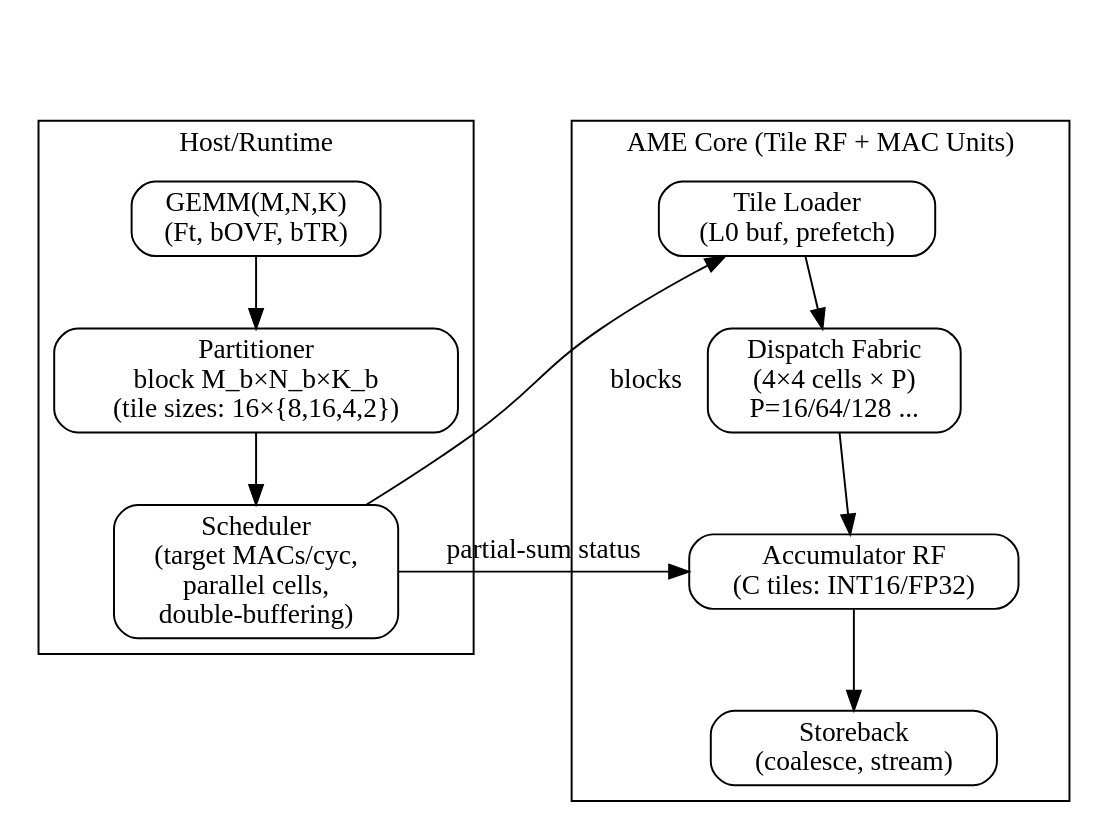
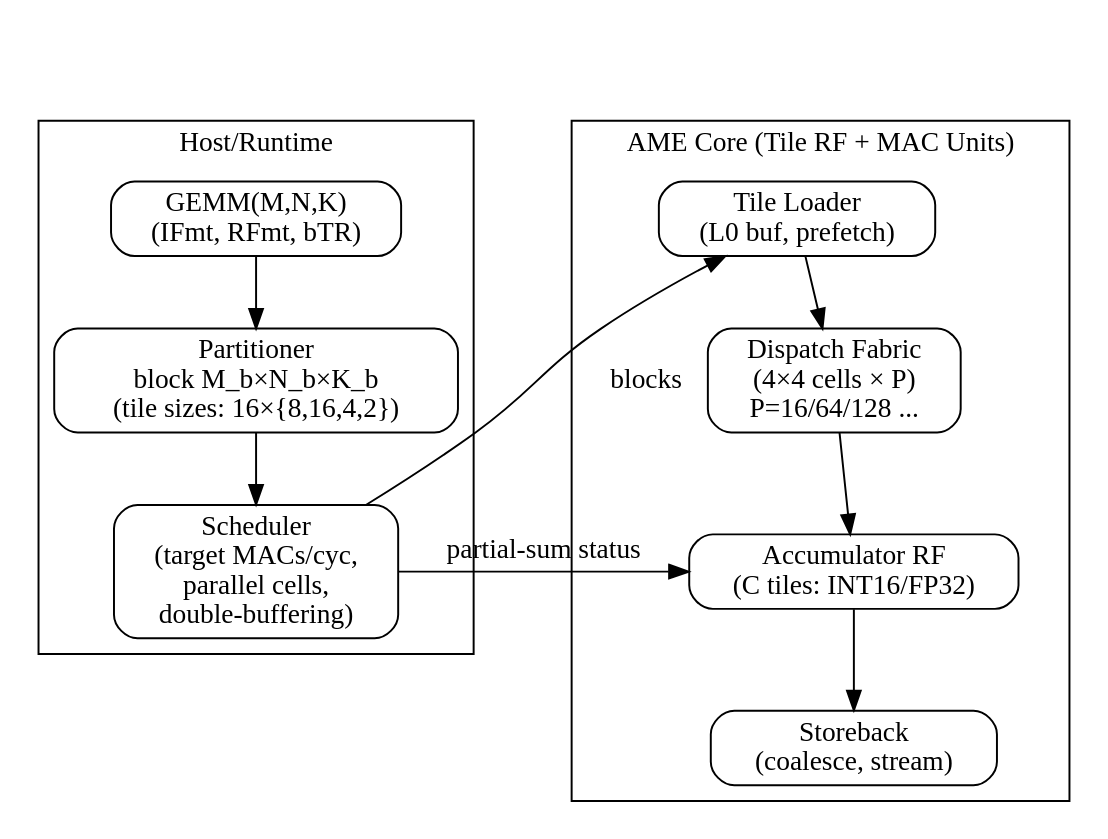
One commit to trustfarm/RISCV-Contributions changed the diagram in AME/ScalingFlow.dot. Above: the diagram before and after it, drawn with Graphviz. The commit also changed 4 other files, not shown here.

```diff
--- a/AME/ScalingFlow.dot
+++ b/AME/ScalingFlow.dot
@@ -1,37 +1,37 @@
 digraph ScalingFlow {
   /* Use top-to-bottom layout globally so cluster internals are vertical.
      We'll place clusters side-by-side using invisible anchor nodes and a
      same-rank group. */
   rankdir=TB; node [shape=box, style=rounded];
 
   /* anchors declared at top-level to avoid cluster/rank conflicts */
   host_anchor [style=invis, width=0, height=0];
   core_anchor [style=invis, width=0, height=0];
 
   subgraph cluster_host {
     label="Host/Runtime";
-    A[label="GEMM(M,N,K)\n(Ft, bOVF, bTR)"];
+    A[label="GEMM(M,N,K)\n(IFmt, RFmt, bTR)"];
     B[label="Partitioner\nblock M_b×N_b×K_b\n(tile sizes: 16×{8,16,4,2})"];
     C[label="Scheduler\n(target MACs/cyc,\nparallel cells,\ndouble-buffering)"];
     A->B->C;
   }
 
   subgraph cluster_core {
     label="AME Core (Tile RF + MAC Units)";
     D[label="Tile Loader\n(L0 buf, prefetch)"];
     E[label="Dispatch Fabric\n(4×4 cells × P)\nP=16/64/128 ..."];
     F[label="Accumulator RF\n(C tiles: INT16/FP32)"];
     G[label="Storeback\n(coalesce, stream)"];
     D->E->F->G;
   }
 
   /* Force the cluster anchors to be on the same rank so clusters appear side-by-side */
   { rank = same; host_anchor; core_anchor }
 
   /* connect global anchors into cluster internals (invisible edges) */
   host_anchor -> A [style=invis];
   core_anchor -> D [style=invis];
 
   C->D[label="blocks"];
   F->C[label="partial-sum status", dir=back];
 }
```
